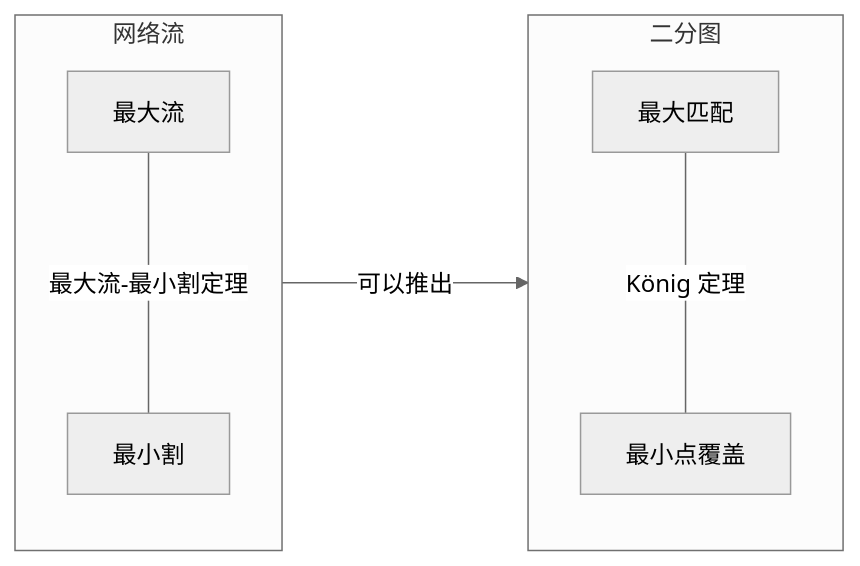
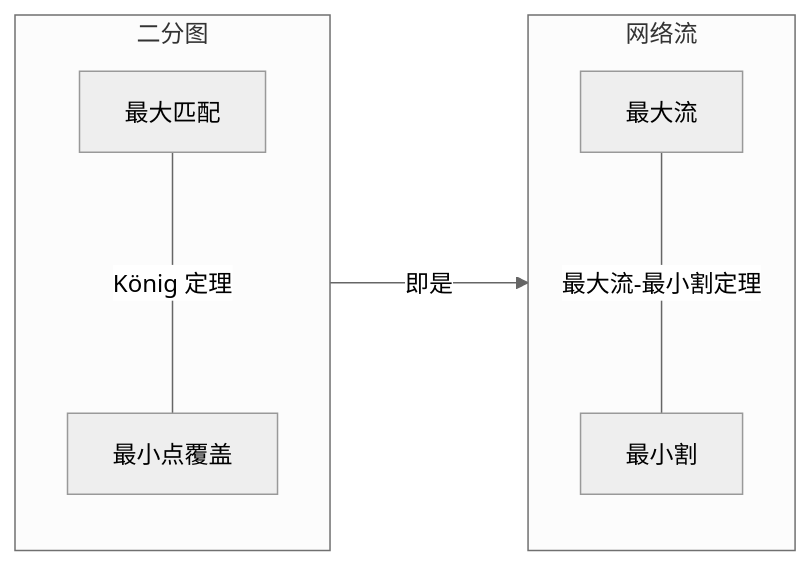
The second of 5 diagrams in docs/flow/bipartite.md (fstqwq/AI2615), drawn with Mermaid (neutral theme) before and after one commit. The commit also changed other lines of this file and 2 other files, not shown here.

Commit message:
fix cpp/io.md, fix flow/

````diff
--- a/docs/flow/bipartite.md
+++ b/docs/flow/bipartite.md
@@ -68,11 +57,11 @@
     ```mermaid
     %%{ init: { 'flowchart': { 'curve': 'linear' } } }%%
     flowchart LR
         subgraph 二分图
         最大匹配 ----|König 定理| 最小点覆盖
         end
         subgraph 网络流
         最大流 ----|最大流-最小割定理| 最小割
         end
-        网络流 --->|可以推出| 二分图
+        二分图 --->|即是| 网络流
     ```
````
